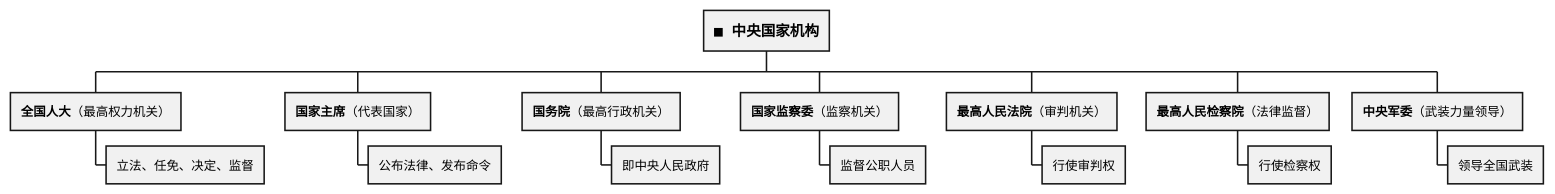
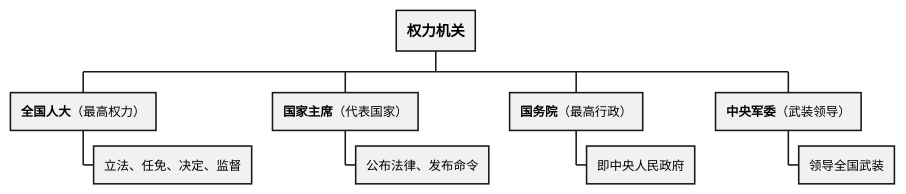
One commit to zhyage/Shehui changed the first of 4 diagrams in 道法/法治教育/宪法与公民权利义务.md. Above: the diagram before and after it, drawn with PlantUML. The commit also changed other lines of this file and 1 other file, not shown here.

Commit message:
国家机构WBS拆为权力机关(4)+监督司法机关(3)两图

````diff
--- a/道法/法治教育/宪法与公民权利义务.md
+++ b/道法/法治教育/宪法与公民权利义务.md
@@ -47,19 +47,13 @@
 ```plantuml
 @startwbs
-+ <size:14><b>■ 中央国家机构</b></size>
-++ <b>全国人大</b>（最高权力机关）
++ <size:14><b>权力机关</b></size>
+++ <b>全国人大</b>（最高权力）
 +++ 立法、任免、决定、监督
 ++ <b>国家主席</b>（代表国家）
 +++ 公布法律、发布命令
-++ <b>国务院</b>（最高行政机关）
+++ <b>国务院</b>（最高行政）
 +++ 即中央人民政府
-++ <b>国家监察委</b>（监察机关）
-+++ 监督公职人员
-++ <b>最高人民法院</b>（审判机关）
-+++ 行使审判权
-++ <b>最高人民检察院</b>（法律监督）
-+++ 行使检察权
-++ <b>中央军委</b>（武装力量领导）
+++ <b>中央军委</b>（武装领导）
 +++ 领导全国武装
 @endwbs
 ```
````
